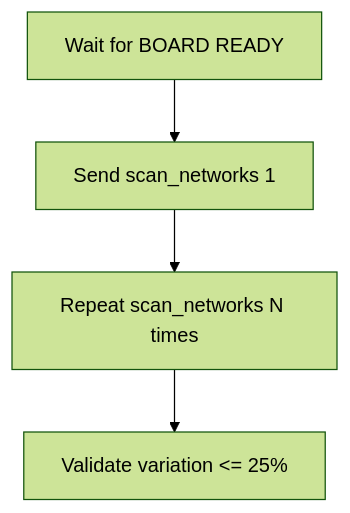
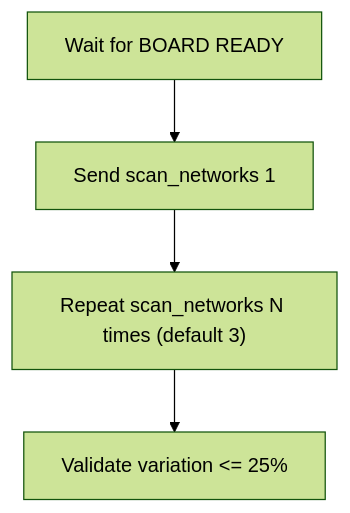
The seventh of 15 diagrams in ESP32C5/tests/README.md (C5Lab/projectZero), drawn with Mermaid (forest theme) before and after one commit. The commit also changed other lines of this file and 1 other file, not shown here.

Commit message:
dox fix and max 3 scan in row

````diff
--- a/ESP32C5/tests/README.md
+++ b/ESP32C5/tests/README.md
@@ -162,6 +162,6 @@
 ```mermaid
 flowchart TD
     A[Wait for BOARD READY] --> B["Send scan_networks 1"]
-    B --> C["Repeat scan_networks N times"]
+    B --> C["Repeat scan_networks N times (default 3)"]
     C --> D[Validate variation <= 25%]
 ```
````
